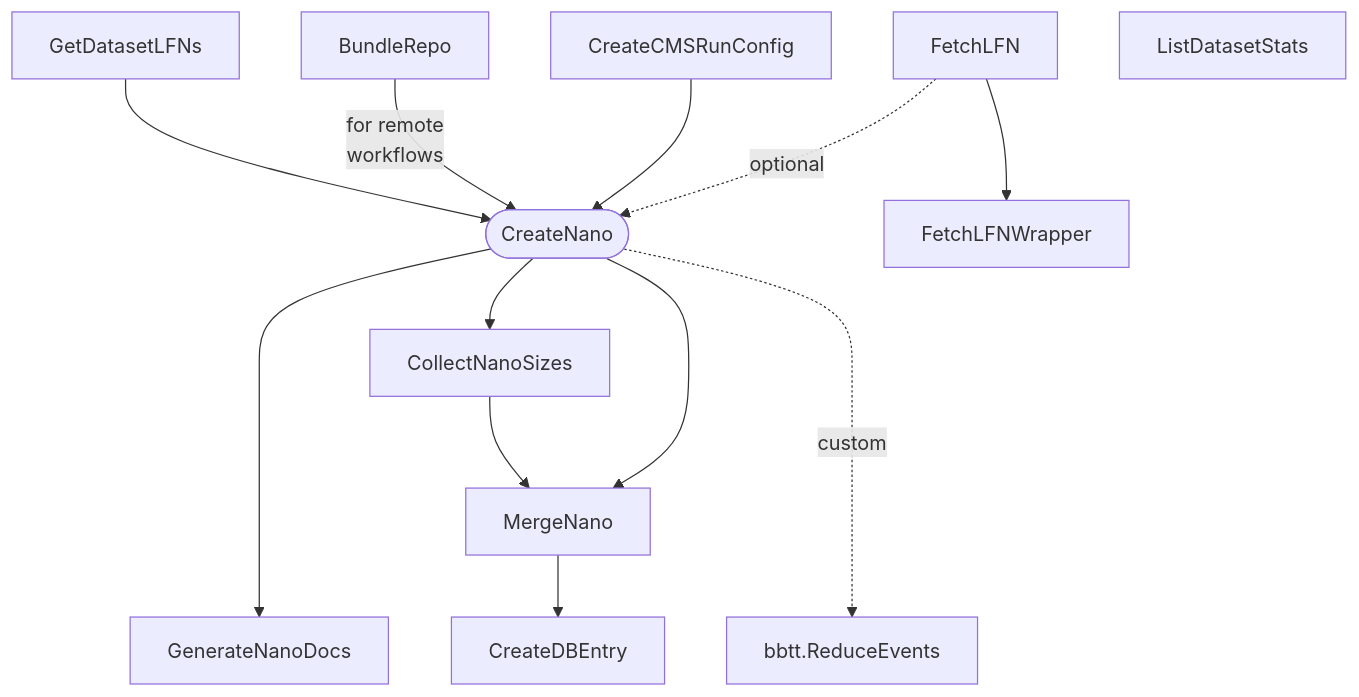
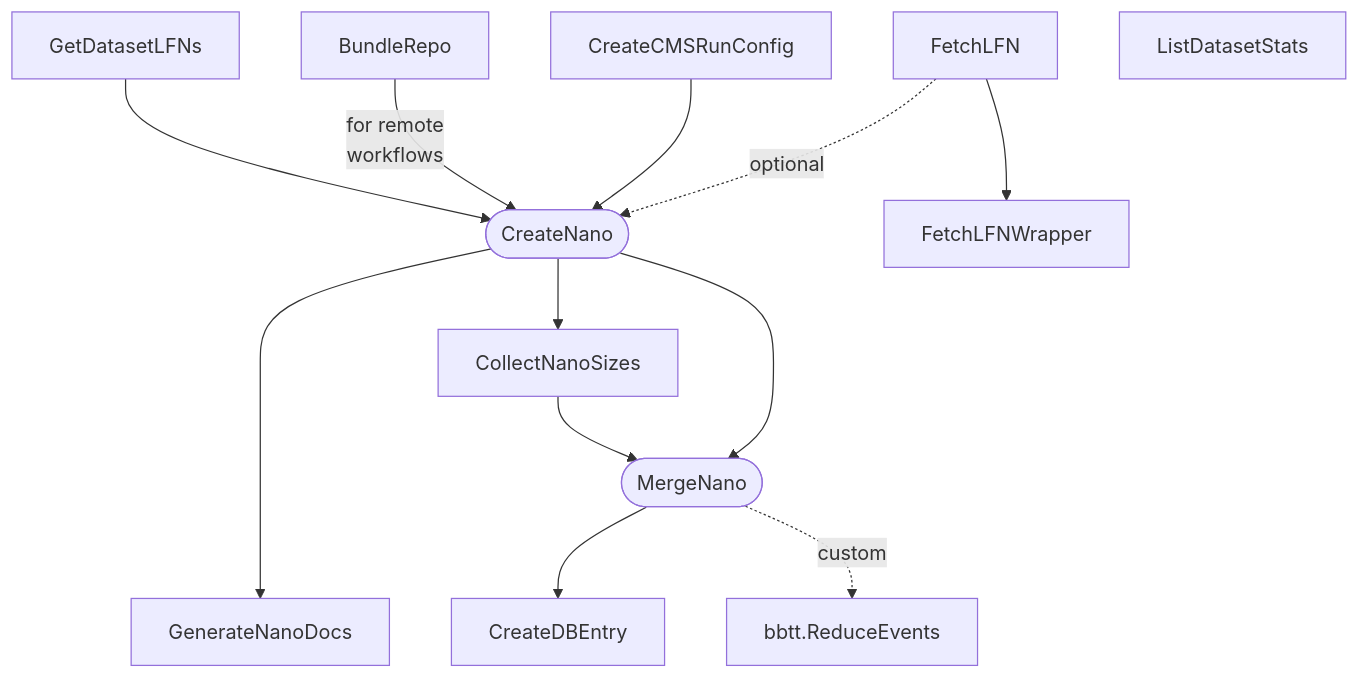
Before and after one commit to uhh-cms/nanogen: the diagram in README.md, drawn with Mermaid. The commit also changed 1 other file, not shown here.

Commit message:
Let reduction depend on merge nanos.

````diff
--- a/README.md
+++ b/README.md
@@ -15,16 +15,17 @@
 ```mermaid
 flowchart TD
     CN([CreateNano])
+    MN([MergeNano])
     GetDatasetLFNs --> CN
     BundleRepo -- for remote<br />workflows --> CN
     CreateCMSRunConfig --> CN
     FetchLFN -. optional .-> CN
     FetchLFN --> FetchLFNWrapper
     CN ----> GenerateNanoDocs
     CN --> CollectNanoSizes
-    CollectNanoSizes --> MergeNano
-    CN --> MergeNano
-    MergeNano --> CreateDBEntry
-    CN -. custom ...-> bbtt.ReduceEvents
+    CollectNanoSizes --> MN
+    CN --> MN
+    MN --> CreateDBEntry
+    MN -. custom .-> bbtt.ReduceEvents
     ListDatasetStats
 ```
````
